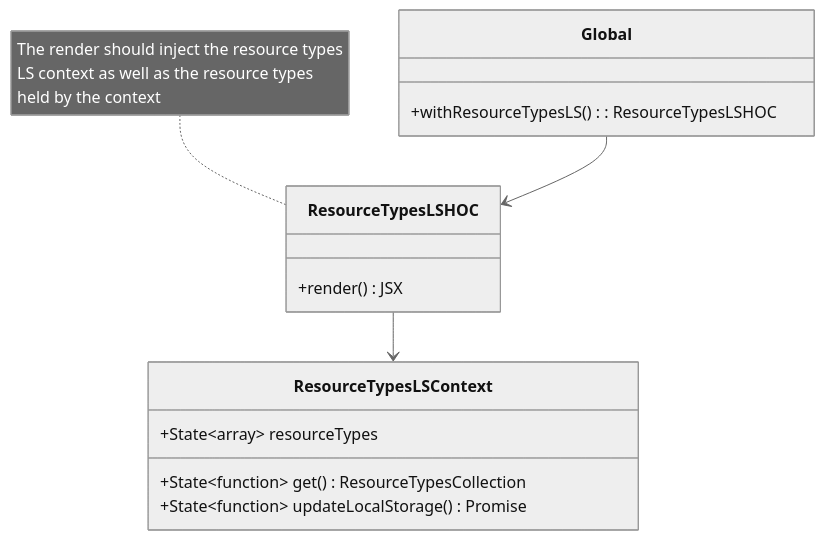
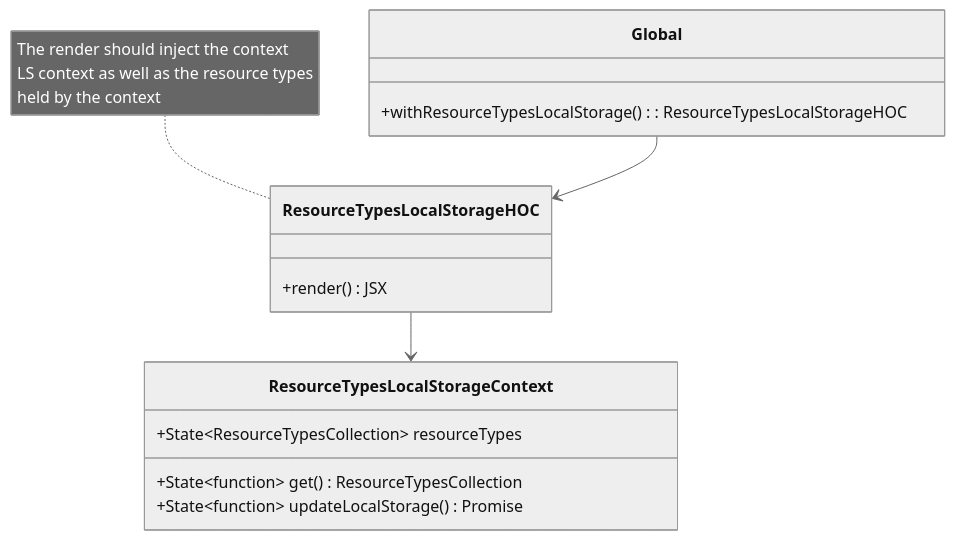
The diagram in doc/resource-types-local-storage-context-hoc.md (passbolt/passbolt_styleguide), drawn with Mermaid before and after one commit. The commit also changed 1 other file, not shown here.

Commit message:
PB-35359 WP3 Add metadata types settings HOC class diagram

````diff
--- a/doc/resource-types-local-storage-context-hoc.md
+++ b/doc/resource-types-local-storage-context-hoc.md
@@ -1,21 +1,21 @@
 ```mermaid
 %%{init: {'theme':'neutral'}}%%
 classDiagram
-    class ResourceTypesLSContext{
+    class ResourceTypesLocalStorageContext{
         +State~function~ get() ResourceTypesCollection
-        +State~array~ resourceTypes
+        +State~ResourceTypesCollection~ resourceTypes
         +State~function~ updateLocalStorage() Promise
     }
 
     class Global{
-        +withResourceTypesLS(): ResourceTypesLSHOC
+        +withResourceTypesLocalStorage(): ResourceTypesLocalStorageHOC
     }
 
-    note for ResourceTypesLSHOC "The render should inject the resource types <br>LS context as well as the resource types <br> held by the context"
-    class ResourceTypesLSHOC{
+    note for ResourceTypesLocalStorageHOC "The render should inject the context <br>LS context as well as the resource types <br> held by the context"
+    class ResourceTypesLocalStorageHOC{
         +render() JSX
     }
 
-    Global-->ResourceTypesLSHOC
-    ResourceTypesLSHOC-->ResourceTypesLSContext
+    Global-->ResourceTypesLocalStorageHOC
+    ResourceTypesLocalStorageHOC-->ResourceTypesLocalStorageContext
 ```
````
